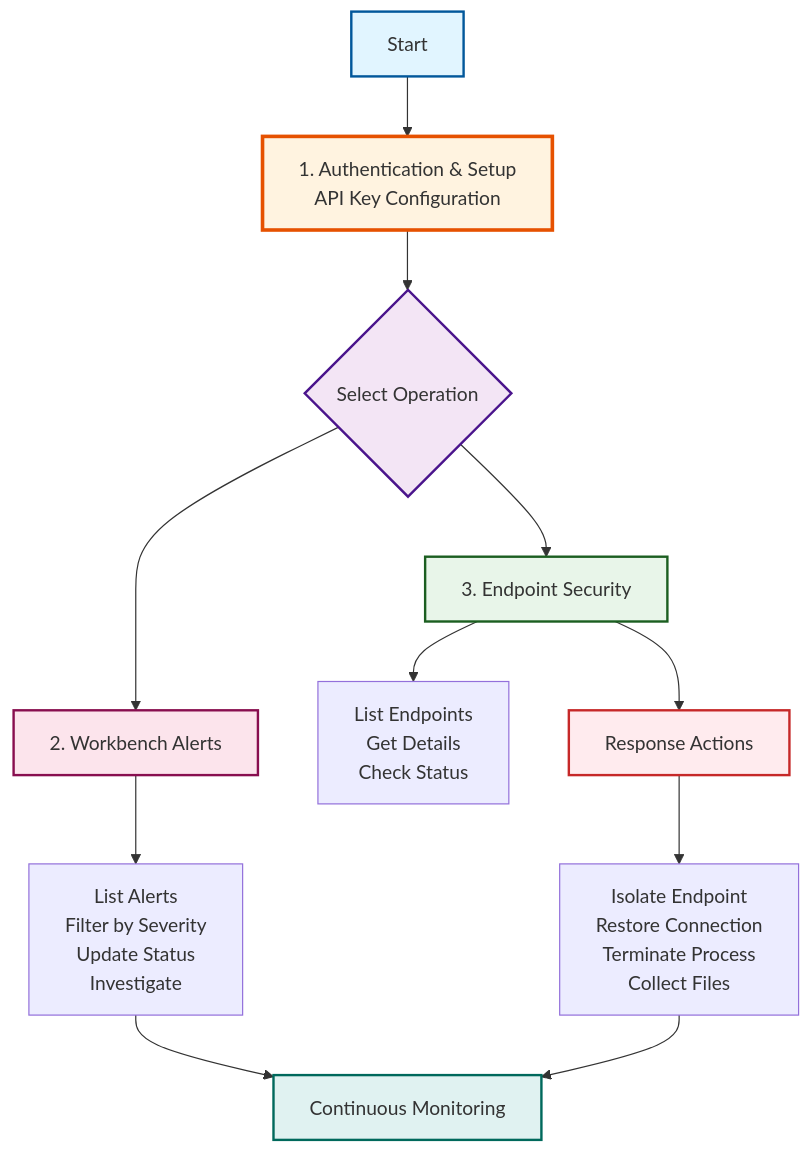
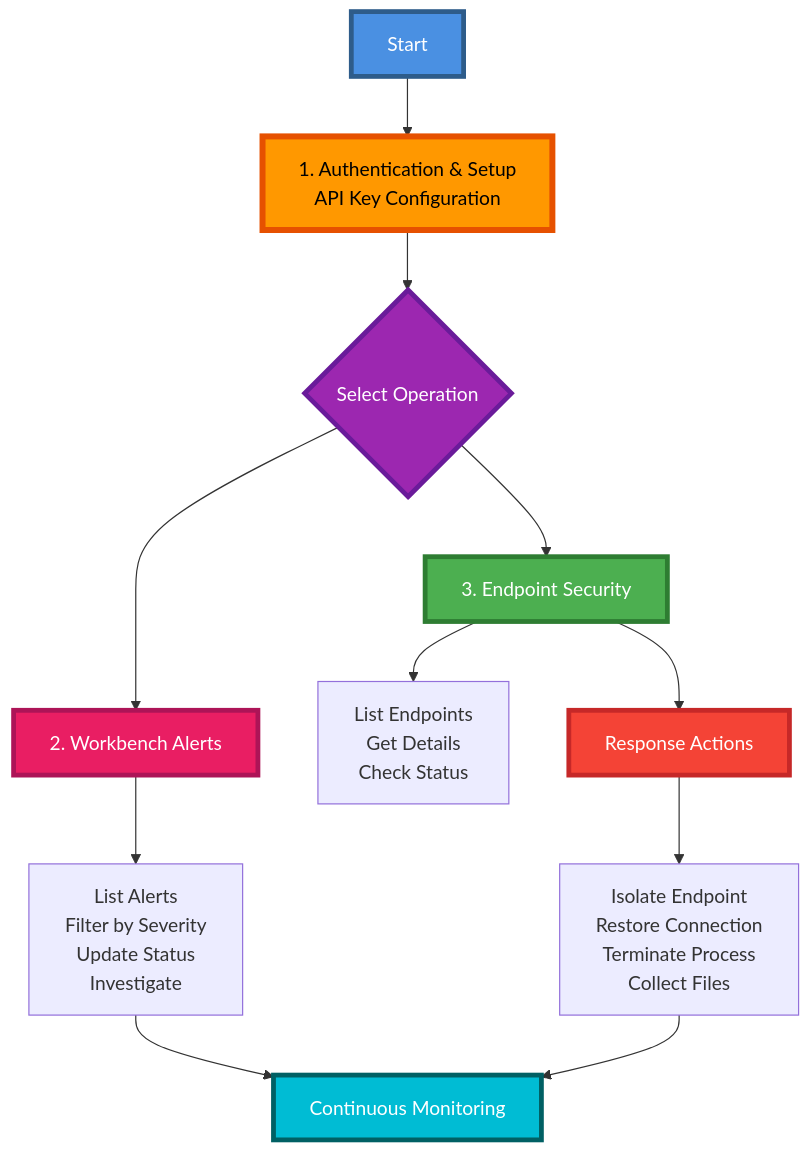
One commit to ZELA2000/Also-TDSynnex-Trend changed the diagram in Trend/DOC/workflows/0_Index.md. Above: the diagram before and after it, drawn with Mermaid. The commit also changed 11 other files, not shown here.

Commit message:
style: Update diagram styles across documentation for improved clarity and consistency

````diff
--- a/Trend/DOC/workflows/0_Index.md
+++ b/Trend/DOC/workflows/0_Index.md
@@ -5,27 +5,27 @@
 ```mermaid
 graph TD
     Start[Start] --> Auth[1. Authentication & Setup<br/>API Key Configuration]
     
     Auth --> Core{Select Operation}
     
     Core --> Alerts[2. Workbench Alerts]
     Core --> Endpoints[3. Endpoint Security]
     
     Alerts --> AlertOps[List Alerts<br/>Filter by Severity<br/>Update Status<br/>Investigate]
     
     Endpoints --> EndpointOps[List Endpoints<br/>Get Details<br/>Check Status]
     
     Endpoints --> Actions[Response Actions]
     Actions --> ActionOps[Isolate Endpoint<br/>Restore Connection<br/>Terminate Process<br/>Collect Files]
     
     AlertOps --> Monitor[Continuous Monitoring]
     ActionOps --> Monitor
     
-    style Start fill:#e1f5ff,stroke:#01579b,stroke-width:2px
-    style Auth fill:#fff3e0,stroke:#e65100,stroke-width:3px
-    style Core fill:#f3e5f5,stroke:#4a148c,stroke-width:2px
-    style Alerts fill:#fce4ec,stroke:#880e4f,stroke-width:2px
-    style Endpoints fill:#e8f5e9,stroke:#1b5e20,stroke-width:2px
-    style Actions fill:#ffebee,stroke:#c62828,stroke-width:2px
-    style Monitor fill:#e0f2f1,stroke:#00695c,stroke-width:2px
+    style Start fill:#4A90E2,stroke:#2E5C8A,stroke-width:4px,color:#fff
+    style Auth fill:#FF9800,stroke:#E65100,stroke-width:5px,color:#000
+    style Core fill:#9C27B0,stroke:#6A1B9A,stroke-width:4px,color:#fff
+    style Alerts fill:#E91E63,stroke:#AD1457,stroke-width:4px,color:#fff
+    style Endpoints fill:#4CAF50,stroke:#2E7D32,stroke-width:4px,color:#fff
+    style Actions fill:#F44336,stroke:#C62828,stroke-width:4px,color:#fff
+    style Monitor fill:#00BCD4,stroke:#006064,stroke-width:4px,color:#fff
 ```
````
